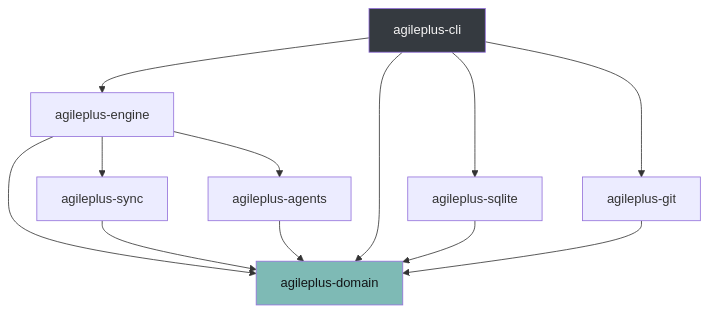
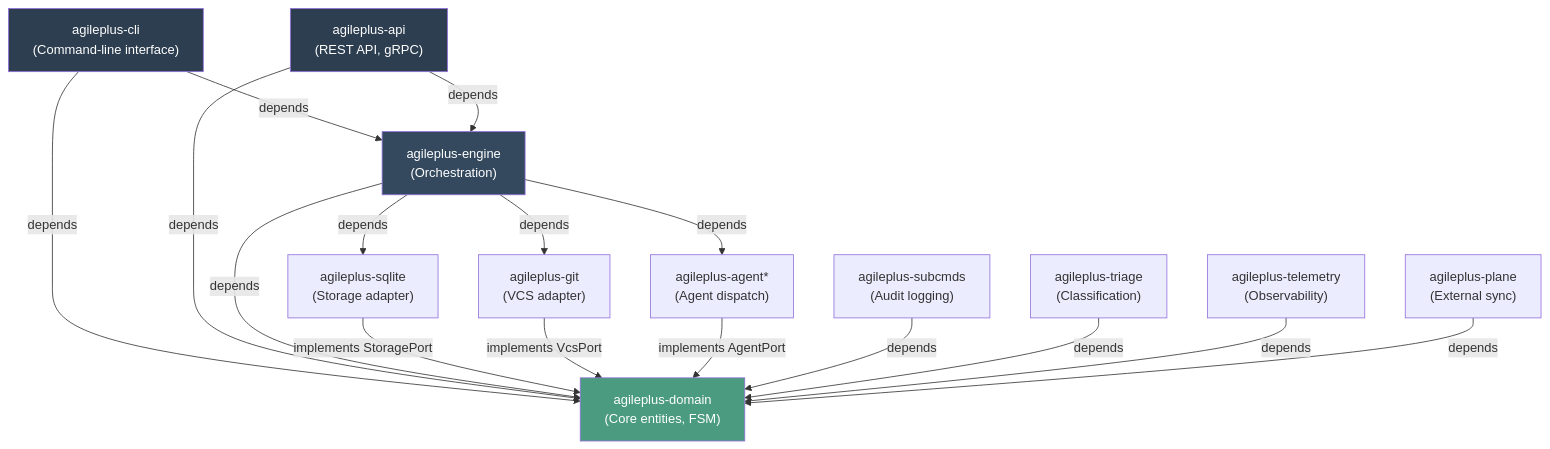
One commit to KooshaPari/AgilePlus changed the diagram in docs/architecture/overview.md. Above: the diagram before and after it, drawn with Mermaid. The commit also changed other lines of this file and 47 other files, not shown here.

First line of the commit message:
docs: expand all 50+ doc pages with comprehensive content, mermaid diagrams

````diff
--- a/docs/architecture/overview.md
+++ b/docs/architecture/overview.md
@@ -11,17 +13,42 @@
 ```mermaid
 graph TD
-    CLI[agileplus-cli] --> Engine[agileplus-engine]
-    CLI --> Domain[agileplus-domain]
-    Engine --> Domain
-    Engine --> Sync[agileplus-sync]
-    Engine --> Agents[agileplus-agents]
-    CLI --> SQLite[agileplus-sqlite]
-    CLI --> Git[agileplus-git]
-    SQLite --> Domain
-    Git --> Domain
-    Sync --> Domain
-    Agents --> Domain
+    CLI["agileplus-cli<br/>(Command-line interface)"]
+    API["agileplus-api<br/>(REST API, gRPC)"]
 
-    style Domain fill:#7ebab5,color:#131517
-    style CLI fill:#353a40,color:#f6f5f5
+    Engine["agileplus-engine<br/>(Orchestration)"]
+    Domain["agileplus-domain<br/>(Core entities, FSM)"]
+
+    SQLite["agileplus-sqlite<br/>(Storage adapter)"]
+    Git["agileplus-git<br/>(VCS adapter)"]
+    Agent["agileplus-agent*<br/>(Agent dispatch)"]
+
+    SubCmds["agileplus-subcmds<br/>(Audit logging)"]
+    Triage["agileplus-triage<br/>(Classification)"]
+    Telemetry["agileplus-telemetry<br/>(Observability)"]
+
+    Sync["agileplus-plane<br/>(External sync)"]
+
+    CLI -->|depends| Domain
+    CLI -->|depends| Engine
+    API -->|depends| Domain
+    API -->|depends| Engine
+
+    Engine -->|depends| Domain
+    Engine -->|depends| SQLite
+    Engine -->|depends| Git
+    Engine -->|depends| Agent
+
+    SQLite -->|implements StoragePort| Domain
+    Git -->|implements VcsPort| Domain
+    Agent -->|implements AgentPort| Domain
+
+    SubCmds -->|depends| Domain
+    Triage -->|depends| Domain
+    Telemetry -->|depends| Domain
+    Sync -->|depends| Domain
+
+    style Domain fill:#4a9b7f,color:#fff
+    style CLI fill:#2c3e50,color:#fff
+    style API fill:#2c3e50,color:#fff
+    style Engine fill:#34495e,color:#fff
 ```
````
